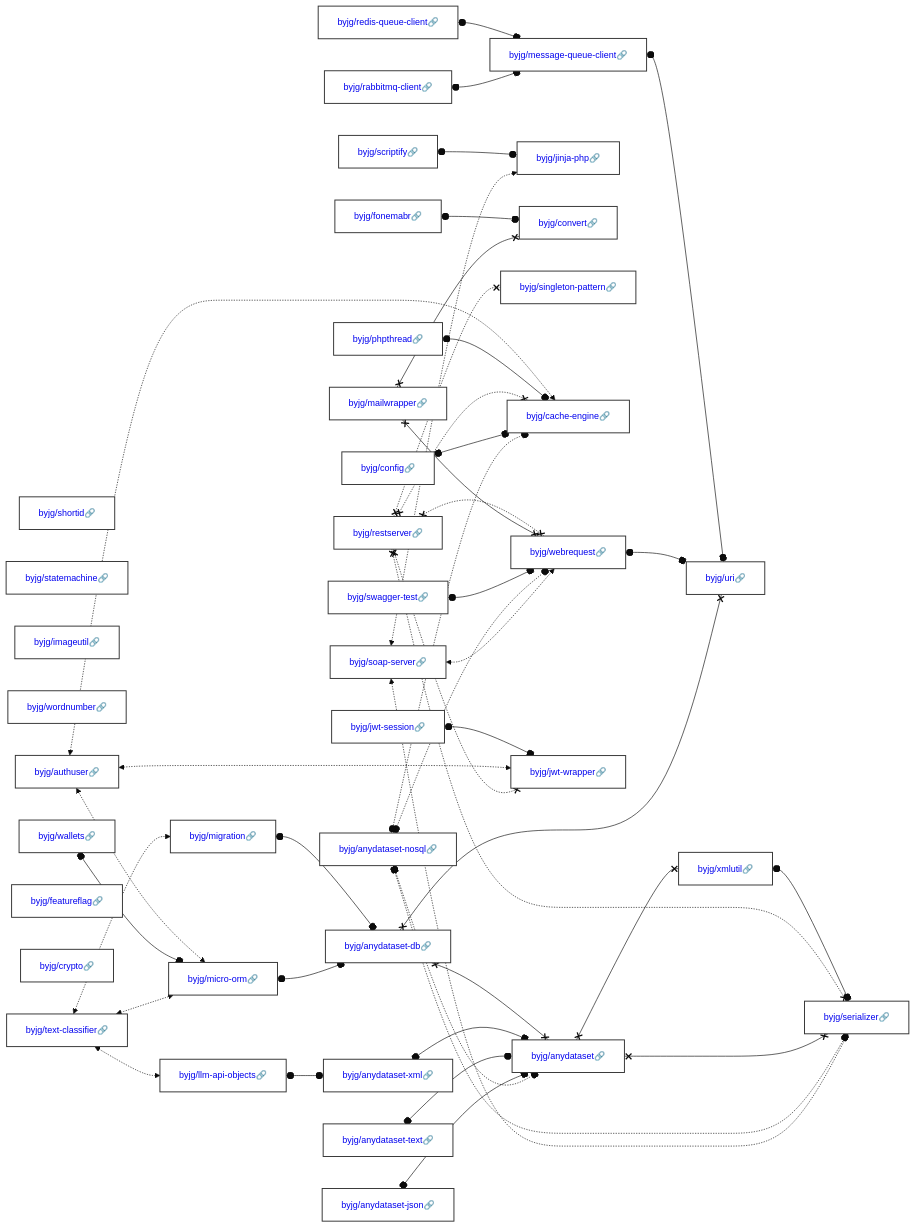
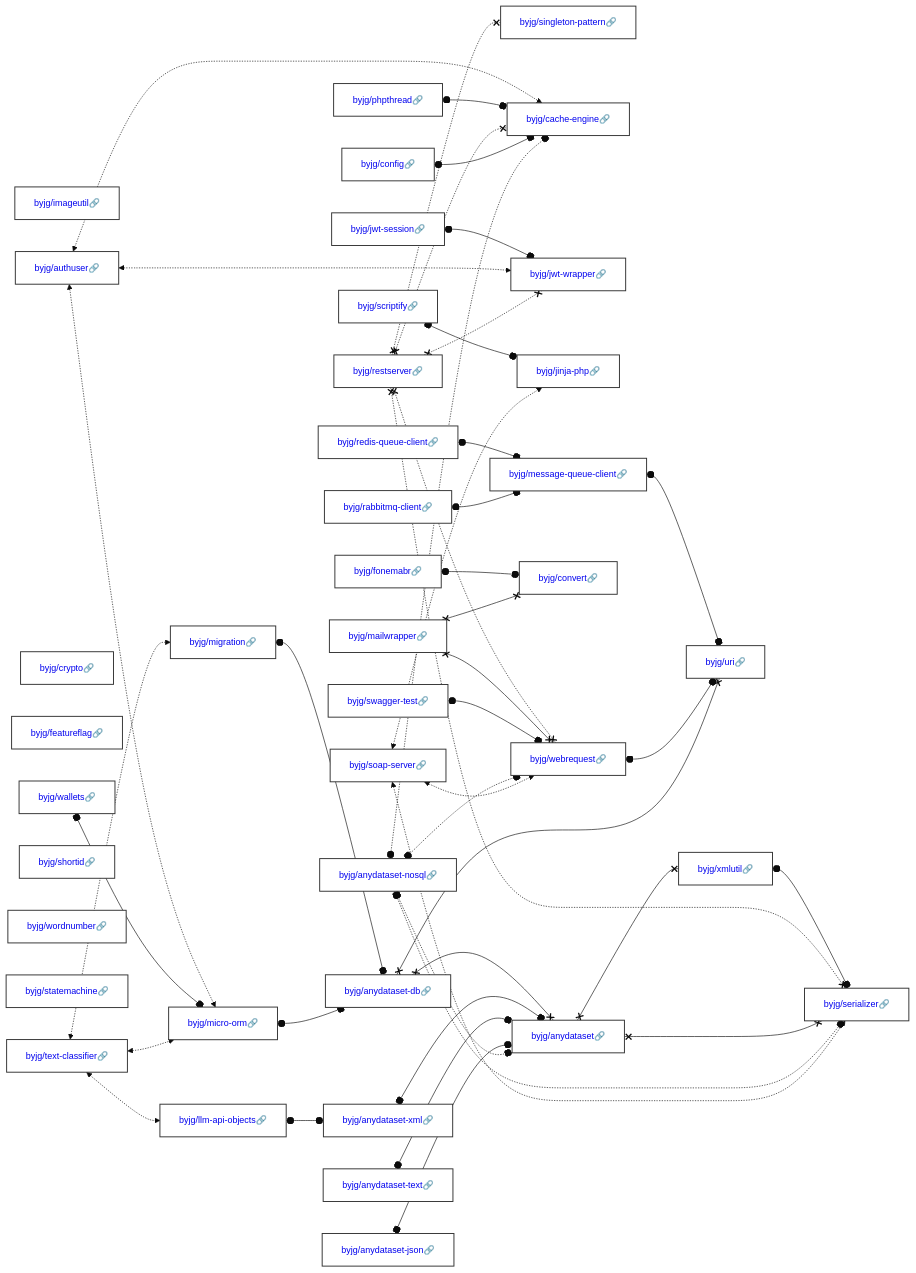
The diagram in docs/php/README.md (byjg/byjg.github.io), drawn with Mermaid (base theme) before and after one commit. The commit also changed other lines of this file and 15 other files, not shown here.

Commit message:
Update documentation 'php' 'php-rest-reference-architecture'

````diff
--- a/docs/php/README.md
+++ b/docs/php/README.md
@@ -3,38 +3,38 @@
 ```mermaid
 graph LR;
+  byjg/fonemabr[<a href='https://opensource.byjg.com/docs/php/fonemabr' style='text-decoration:none'>byjg/fonemabr🔗</a>];
+  byjg/phpthread[<a href='https://opensource.byjg.com/docs/php/phpthread' style='text-decoration:none'>byjg/phpthread🔗</a>];
+  byjg/anydataset-text[<a href='https://opensource.byjg.com/docs/php/anydataset-text' style='text-decoration:none'>byjg/anydataset-text🔗</a>];
+  byjg/config[<a href='https://opensource.byjg.com/docs/php/config' style='text-decoration:none'>byjg/config🔗</a>];
+  byjg/jwt-session[<a href='https://opensource.byjg.com/docs/php/jwt-session' style='text-decoration:none'>byjg/jwt-session🔗</a>];
+  byjg/anydataset-nosql[<a href='https://opensource.byjg.com/docs/php/anydataset-nosql' style='text-decoration:none'>byjg/anydataset-nosql🔗</a>];
+  byjg/restserver[<a href='https://opensource.byjg.com/docs/php/restserver' style='text-decoration:none'>byjg/restserver🔗</a>];
+  byjg/imageutil[<a href='https://opensource.byjg.com/docs/php/imageutil' style='text-decoration:none'>byjg/imageutil🔗</a>];
+  byjg/authuser[<a href='https://opensource.byjg.com/docs/php/authuser' style='text-decoration:none'>byjg/authuser🔗</a>];
+  byjg/crypto[<a href='https://opensource.byjg.com/docs/php/crypto' style='text-decoration:none'>byjg/crypto🔗</a>];
+  byjg/redis-queue-client[<a href='https://opensource.byjg.com/docs/php/redis-queue-client' style='text-decoration:none'>byjg/redis-queue-client🔗</a>];
+  byjg/featureflag[<a href='https://opensource.byjg.com/docs/php/featureflag' style='text-decoration:none'>byjg/featureflag🔗</a>];
+  byjg/scriptify[<a href='https://opensource.byjg.com/docs/php/scriptify' style='text-decoration:none'>byjg/scriptify🔗</a>];
+  byjg/text-classifier[<a href='https://opensource.byjg.com/docs/php/text-classifier' style='text-decoration:none'>byjg/text-classifier🔗</a>];
   byjg/shortid[<a href='https://opensource.byjg.com/docs/php/shortid' style='text-decoration:none'>byjg/shortid🔗</a>];
+  byjg/wordnumber[<a href='https://opensource.byjg.com/docs/php/wordnumber' style='text-decoration:none'>byjg/wordnumber🔗</a>];
+  byjg/soap-server[<a href='https://opensource.byjg.com/docs/php/soap-server' style='text-decoration:none'>byjg/soap-server🔗</a>];
   byjg/anydataset-json[<a href='https://opensource.byjg.com/docs/php/anydataset-json' style='text-decoration:none'>byjg/anydataset-json🔗</a>];
+  byjg/statemachine[<a href='https://opensource.byjg.com/docs/php/statemachine' style='text-decoration:none'>byjg/statemachine🔗</a>];
   byjg/rabbitmq-client[<a href='https://opensource.byjg.com/docs/php/rabbitmq-client' style='text-decoration:none'>byjg/rabbitmq-client🔗</a>];
   byjg/mailwrapper[<a href='https://opensource.byjg.com/docs/php/mailwrapper' style='text-decoration:none'>byjg/mailwrapper🔗</a>];
-  byjg/config[<a href='https://opensource.byjg.com/docs/php/config' style='text-decoration:none'>byjg/config🔗</a>];
-  byjg/statemachine[<a href='https://opensource.byjg.com/docs/php/statemachine' style='text-decoration:none'>byjg/statemachine🔗</a>];
-  byjg/imageutil[<a href='https://opensource.byjg.com/docs/php/imageutil' style='text-decoration:none'>byjg/imageutil🔗</a>];
-  byjg/phpthread[<a href='https://opensource.byjg.com/docs/php/phpthread' style='text-decoration:none'>byjg/phpthread🔗</a>];
-  byjg/wordnumber[<a href='https://opensource.byjg.com/docs/php/wordnumber' style='text-decoration:none'>byjg/wordnumber🔗</a>];
+  byjg/swagger-test[<a href='https://opensource.byjg.com/docs/php/swagger-test' style='text-decoration:none'>byjg/swagger-test🔗</a>];
   byjg/wallets[<a href='https://opensource.byjg.com/docs/php/wallets' style='text-decoration:none'>byjg/wallets🔗</a>];
-  byjg/anydataset-nosql[<a href='https://opensource.byjg.com/docs/php/anydataset-nosql' style='text-decoration:none'>byjg/anydataset-nosql🔗</a>];
-  byjg/anydataset-text[<a href='https://opensource.byjg.com/docs/php/anydataset-text' style='text-decoration:none'>byjg/anydataset-text🔗</a>];
-  byjg/text-classifier[<a href='https://opensource.byjg.com/docs/php/text-classifier' style='text-decoration:none'>byjg/text-classifier🔗</a>];
-  byjg/featureflag[<a href='https://opensource.byjg.com/docs/php/featureflag' style='text-decoration:none'>byjg/featureflag🔗</a>];
-  byjg/soap-server[<a href='https://opensource.byjg.com/docs/php/soap-server' style='text-decoration:none'>byjg/soap-server🔗</a>];
-  byjg/jwt-session[<a href='https://opensource.byjg.com/docs/php/jwt-session' style='text-decoration:none'>byjg/jwt-session🔗</a>];
-  byjg/swagger-test[<a href='https://opensource.byjg.com/docs/php/swagger-test' style='text-decoration:none'>byjg/swagger-test🔗</a>];
-  byjg/redis-queue-client[<a href='https://opensource.byjg.com/docs/php/redis-queue-client' style='text-decoration:none'>byjg/redis-queue-client🔗</a>];
-  byjg/scriptify[<a href='https://opensource.byjg.com/docs/php/scriptify' style='text-decoration:none'>byjg/scriptify🔗</a>];
-  byjg/crypto[<a href='https://opensource.byjg.com/docs/php/crypto' style='text-decoration:none'>byjg/crypto🔗</a>];
-  byjg/fonemabr[<a href='https://opensource.byjg.com/docs/php/fonemabr' style='text-decoration:none'>byjg/fonemabr🔗</a>];
-  byjg/authuser[<a href='https://opensource.byjg.com/docs/php/authuser' style='text-decoration:none'>byjg/authuser🔗</a>];
-  byjg/restserver[<a href='https://opensource.byjg.com/docs/php/restserver' style='text-decoration:none'>byjg/restserver🔗</a>];
+  byjg/singleton-pattern[<a href='https://opensource.byjg.com/docs/php/singleton-pattern' style='text-decoration:none'>byjg/singleton-pattern🔗</a>];
+  byjg/cache-engine[<a href='https://opensource.byjg.com/docs/php/cache-engine' style='text-decoration:none'>byjg/cache-engine🔗</a>];
+  byjg/jwt-wrapper[<a href='https://opensource.byjg.com/docs/php/jwt-wrapper' style='text-decoration:none'>byjg/jwt-wrapper🔗</a>];
   byjg/migration[<a href='https://opensource.byjg.com/docs/php/migration' style='text-decoration:none'>byjg/migration🔗</a>];
   byjg/llm-api-objects[<a href='https://opensource.byjg.com/docs/php/llm-api-objects' style='text-decoration:none'>byjg/llm-api-objects🔗</a>];
+  byjg/jinja-php[<a href='https://opensource.byjg.com/docs/php/jinja-php' style='text-decoration:none'>byjg/jinja-php🔗</a>];
   byjg/message-queue-client[<a href='https://opensource.byjg.com/docs/php/message-queue-client' style='text-decoration:none'>byjg/message-queue-client🔗</a>];
-  byjg/jinja-php[<a href='https://opensource.byjg.com/docs/php/jinja-php' style='text-decoration:none'>byjg/jinja-php🔗</a>];
   byjg/convert[<a href='https://opensource.byjg.com/docs/php/convert' style='text-decoration:none'>byjg/convert🔗</a>];
+  byjg/webrequest[<a href='https://opensource.byjg.com/docs/php/webrequest' style='text-decoration:none'>byjg/webrequest🔗</a>];
   byjg/micro-orm[<a href='https://opensource.byjg.com/docs/php/micro-orm' style='text-decoration:none'>byjg/micro-orm🔗</a>];
-  byjg/singleton-pattern[<a href='https://opensource.byjg.com/docs/php/singleton-pattern' style='text-decoration:none'>byjg/singleton-pattern🔗</a>];
-  byjg/cache-engine[<a href='https://opensource.byjg.com/docs/php/cache-engine' style='text-decoration:none'>byjg/cache-engine🔗</a>];
-  byjg/webrequest[<a href='https://opensource.byjg.com/docs/php/webrequest' style='text-decoration:none'>byjg/webrequest🔗</a>];
-  byjg/jwt-wrapper[<a href='https://opensource.byjg.com/docs/php/jwt-wrapper' style='text-decoration:none'>byjg/jwt-wrapper🔗</a>];
   byjg/anydataset-xml[<a href='https://opensource.byjg.com/docs/php/anydataset-xml' style='text-decoration:none'>byjg/anydataset-xml🔗</a>];
   byjg/anydataset-db[<a href='https://opensource.byjg.com/docs/php/anydataset-db' style='text-decoration:none'>byjg/anydataset-db🔗</a>];
   byjg/anydataset[<a href='https://opensource.byjg.com/docs/php/anydataset' style='text-decoration:none'>byjg/anydataset🔗</a>];
````
